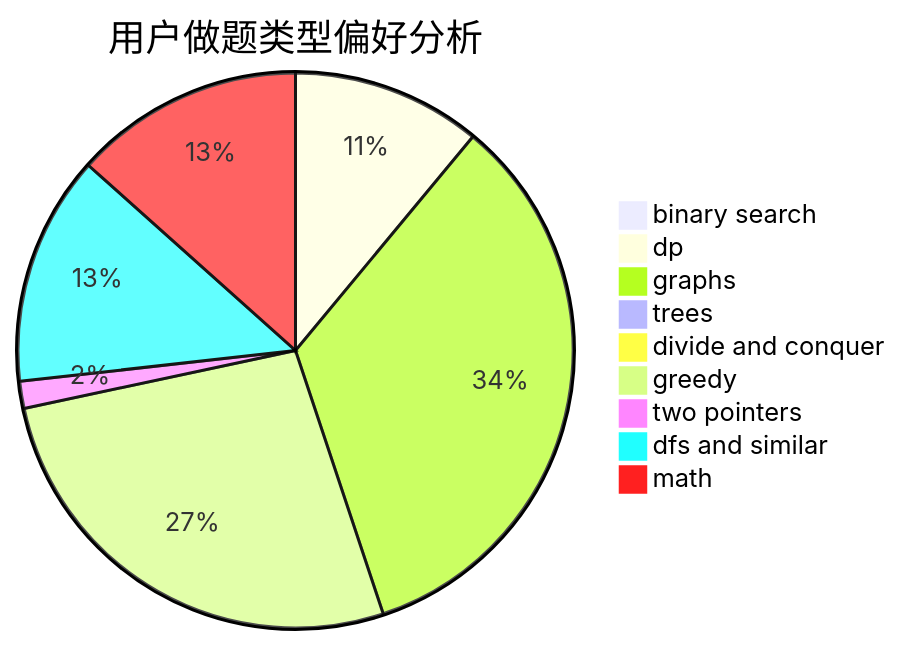
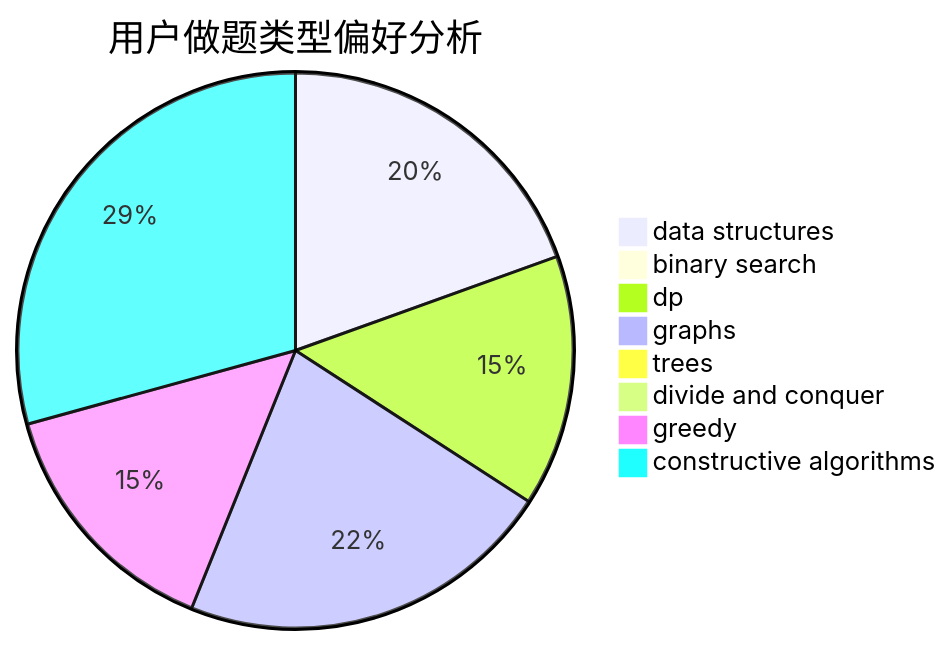
One commit to sherpahu/cfrs.github.io changed the second of 3 diagrams in docs/user/u1828.md. Above: the diagram before and after it, drawn with Mermaid. The commit also changed other lines of this file and 2775 other files, not shown here.

````diff
--- a/docs/user/u1828.md
+++ b/docs/user/u1828.md
@@ -23,12 +23,11 @@
 ```mermaid
 pie title 用户做题类型偏好分析
+    "data structures" :  8
     "binary search" :  0
-    "dp" :  14
-    "graphs" :  43
+    "dp" :  6
+    "graphs" :  9
     "trees" :  0
     "divide and conquer" :  0
-    "greedy" :  34
-    "two pointers" :  2
-    "dfs and similar" :  17
-    "math" :  17
+    "greedy" :  6
+    "constructive algorithms" :  12
 ```
````
